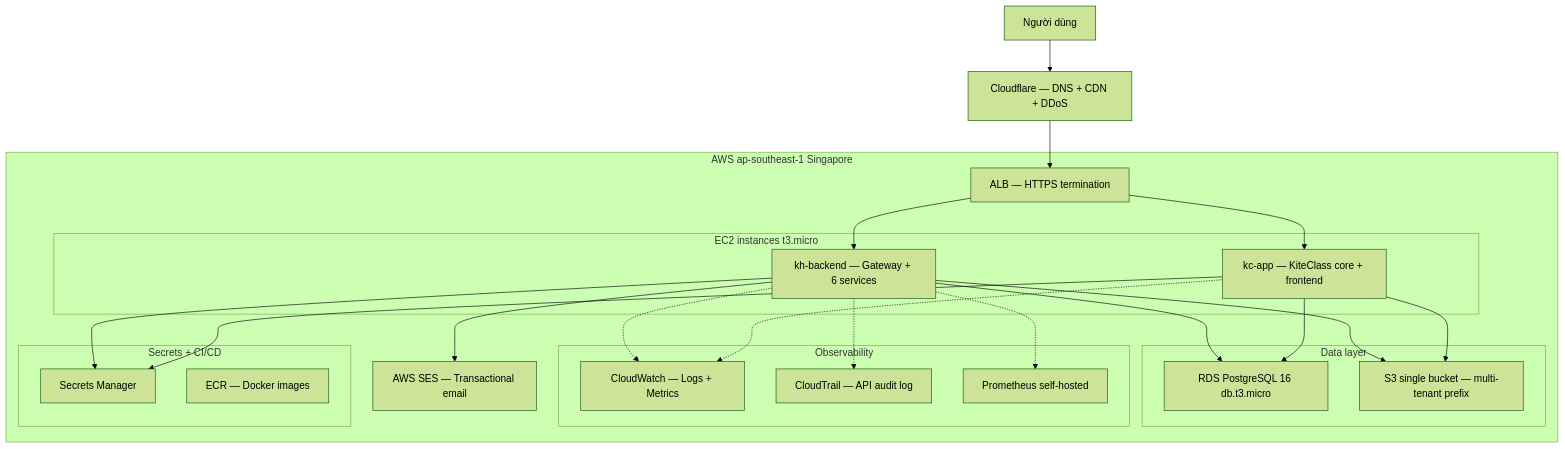
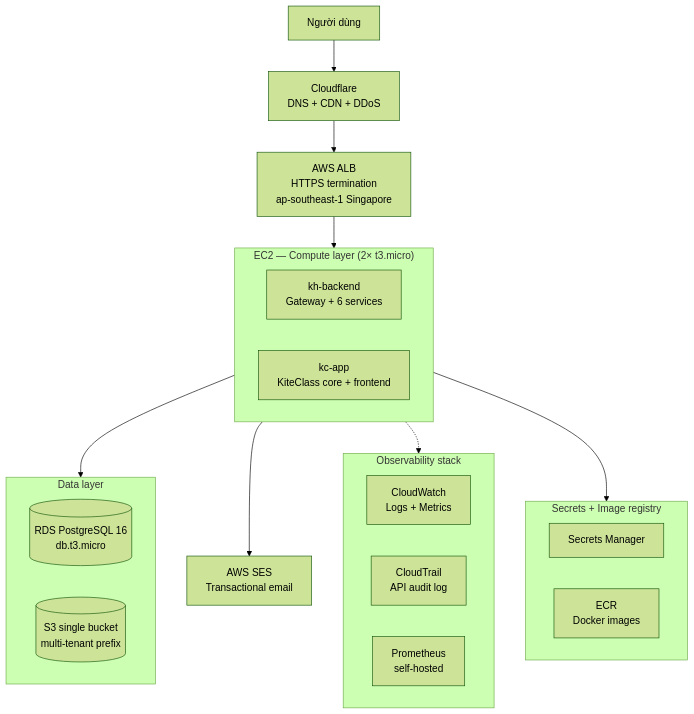
Before and after one commit to VictorAurelius/2026-Kite-Class-Platform: the first of 5 diagrams in documents/08-thesis/chapter-4-deployment-results.md, drawn with Mermaid (forest theme). The commit also changed 2 other files, not shown here.

Commit message:
fix(wave-102.5-followup): Hình 4.1 sơ đồ hạ tầng — restructure vertical orientation (#1640)
User direction 2026-05-20: §4.1.2 chữ quá bé vì render ngang.

Root cause: Mermaid Dagre layout engine spread siblings horizontally. Original
flowchart TB với 5 subgraphs siblings + EC2 fan-out 7 children → PNG 2336×630
ratio 3.71 (very horizontal). Tại docx width 14cm, height = 14×630/2336 =
3.77cm — chữ bị squash xuống quá nhỏ.

## Fix: restructure với nested subgraphs (outer TB + inner LR)

- Outer flow stays flowchart TB (vertical)
- Compute / DataLayer / Obs / SecCI subgraphs use direction LR internally
  → siblings lay ngang TRONG subgraph, nhưng subgraphs themselves stack
  vertically dưới flow TB
- Removed fan-out chaos: connect at subgraph level (ALB → Compute → DataLayer
  → SES → Obs → SecCI) thay vì individual EC2_KH/EC2_KC arrows tới mỗi node

## Result

| Metric | Trước | Sau |
|---|---|---|
| PNG dimensions | 2336×630 | **1086×1130** |
| Aspect ratio | 3.71 (very horizontal) | **0.96 (near-square)** |
| Height tại 14cm width | 3.77cm (chữ rất bé) | **14.57cm (chữ ~4x lớn)** |
| PNG size | 102KB | 91KB |

````diff
--- a/documents/08-thesis/chapter-4-deployment-results.md
+++ b/documents/08-thesis/chapter-4-deployment-results.md
@@ -30,42 +30,41 @@
 ```mermaid
 flowchart TB
     User[Người dùng]
-    CF[Cloudflare — DNS + CDN + DDoS]
+    CF[Cloudflare<br/>DNS + CDN + DDoS]
+    ALB[AWS ALB<br/>HTTPS termination<br/>ap-southeast-1 Singapore]
 
-    subgraph AWS["AWS ap-southeast-1 Singapore"]
-        ALB[ALB — HTTPS termination]
-        subgraph EC2["EC2 instances t3.micro"]
-            EC2_KH[kh-backend — Gateway + 6 services]
-            EC2_KC[kc-app — KiteClass core + frontend]
-        end
-        subgraph Data["Data layer"]
-            RDS[RDS PostgreSQL 16 db.t3.micro]
-            S3[S3 single bucket — multi-tenant prefix]
-        end
-        SES[AWS SES — Transactional email]
-        subgraph Obs["Observability"]
-            CW[CloudWatch — Logs + Metrics]
-            CT[CloudTrail — API audit log]
-            Prom[Prometheus self-hosted]
-        end
-        subgraph SecCI["Secrets + CI/CD"]
-            SM[Secrets Manager]
-            ECR[ECR — Docker images]
-        end
+    subgraph Compute["EC2 — Compute layer (2× t3.micro)"]
+        direction LR
+        EC2_KH[kh-backend<br/>Gateway + 6 services]
+        EC2_KC[kc-app<br/>KiteClass core + frontend]
     end
 
-    User --> CF --> ALB
-    ALB --> EC2_KH
-    ALB --> EC2_KC
-    EC2_KH --> RDS
-    EC2_KC --> RDS
-    EC2_KH --> S3
-    EC2_KC --> S3
-    EC2_KH --> SES
-    EC2_KH -.-> CW
-    EC2_KC -.-> CW
-    EC2_KH -.-> CT
-    EC2_KH -.-> Prom
-    EC2_KH --> SM
-    EC2_KC --> SM
+    subgraph DataLayer["Data layer"]
+        direction LR
+        RDS[(RDS PostgreSQL 16<br/>db.t3.micro)]
+        S3[(S3 single bucket<br/>multi-tenant prefix)]
+    end
+
+    SES[AWS SES<br/>Transactional email]
+
+    subgraph Obs["Observability stack"]
+        direction LR
+        CW[CloudWatch<br/>Logs + Metrics]
+        CT[CloudTrail<br/>API audit log]
+        Prom[Prometheus<br/>self-hosted]
+    end
+
+    subgraph SecCI["Secrets + Image registry"]
+        direction LR
+        SM[Secrets Manager]
+        ECR[ECR<br/>Docker images]
+    end
+
+    User --> CF
+    CF --> ALB
+    ALB --> Compute
+    Compute --> DataLayer
+    Compute --> SES
+    Compute -.-> Obs
+    Compute --> SecCI
 ```
````
